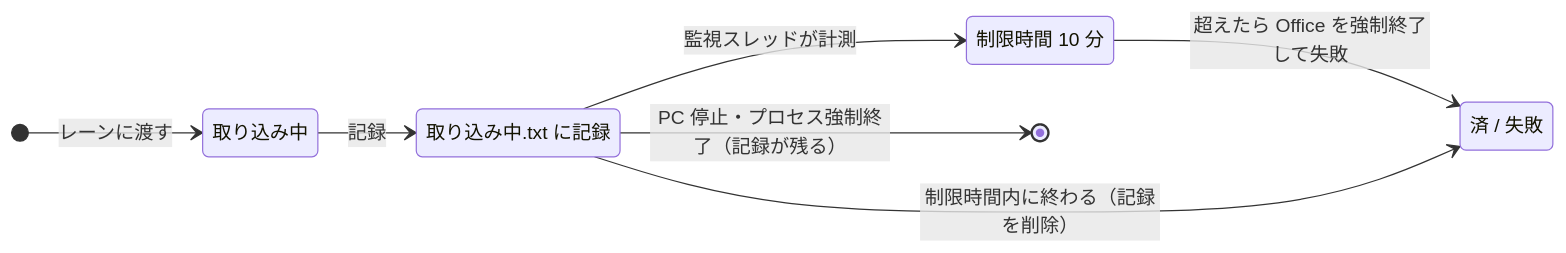
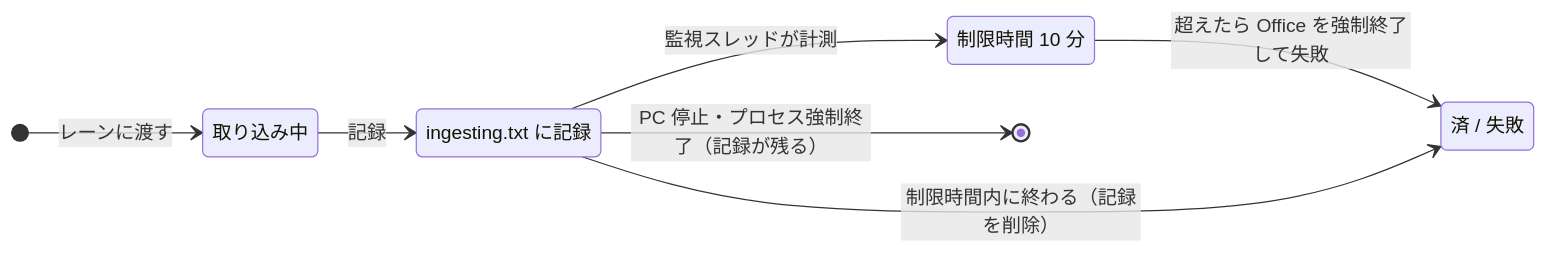
One commit to hsgwa/tebunko changed the first of 2 diagrams in docs/design/indexing/ingest-list.md. Above: the diagram before and after it, drawn with Mermaid. The commit also changed other lines of this file and 38 other files, not shown here.

````diff
--- a/docs/design/indexing/ingest-list.md
+++ b/docs/design/indexing/ingest-list.md
@@ -40,15 +40,15 @@
 ```mermaid
 stateDiagram-v2
     direction LR
     state "取り込み中" as Ingesting
-    state "取り込み中.txt に記録" as Recorded
+    state "ingesting.txt に記録" as Recorded
     state "制限時間 10 分" as Timeout
     state "済 / 失敗" as Done
 
     [*] --> Ingesting : レーンに渡す
     Ingesting --> Recorded : 記録
     Recorded --> Timeout : 監視スレッドが計測
     Timeout --> Done : 超えたら Office を強制終了して失敗
     Recorded --> Done : 制限時間内に終わる（記録を削除）
     Recorded --> [*] : PC 停止・プロセス強制終了（記録が残る）
 ```
````
